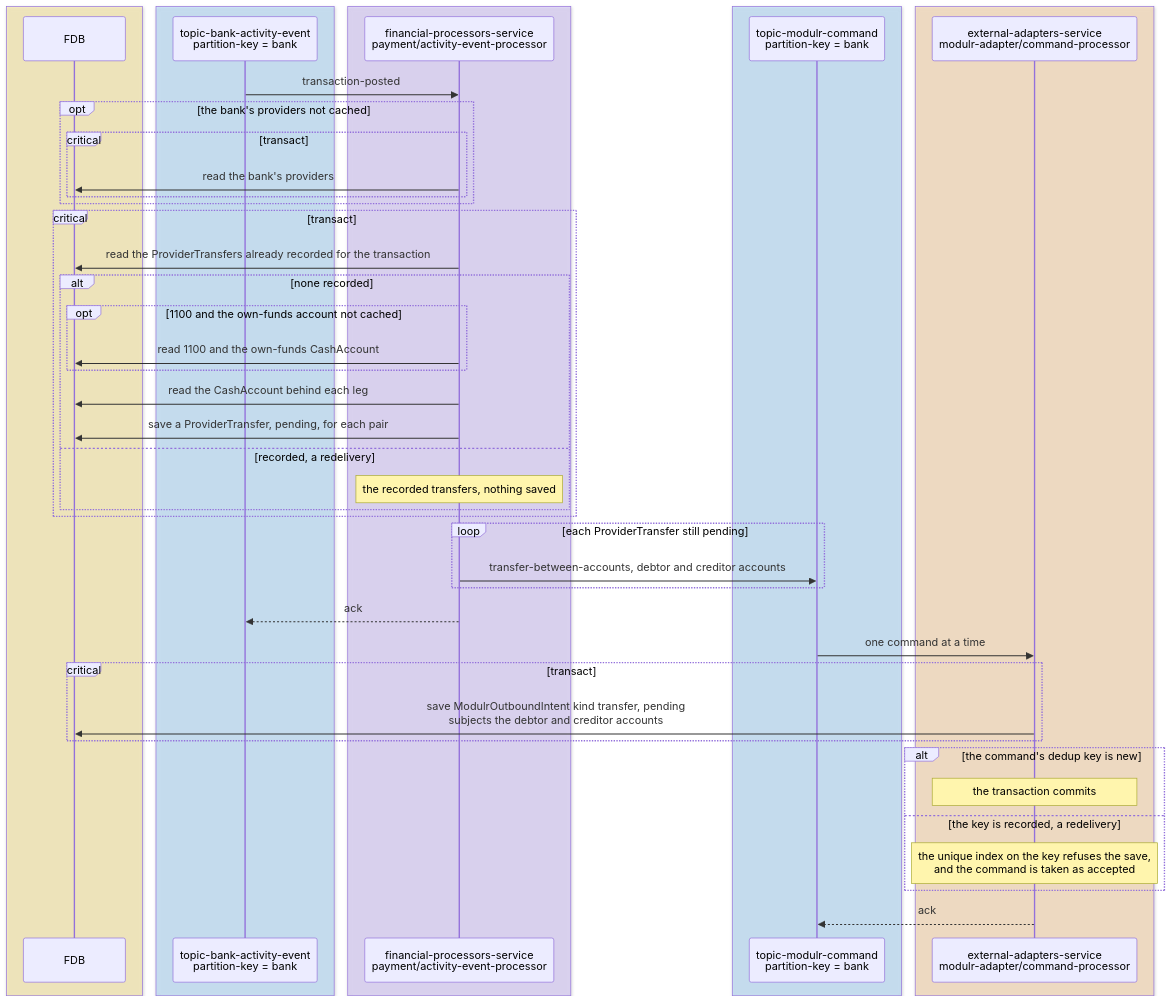
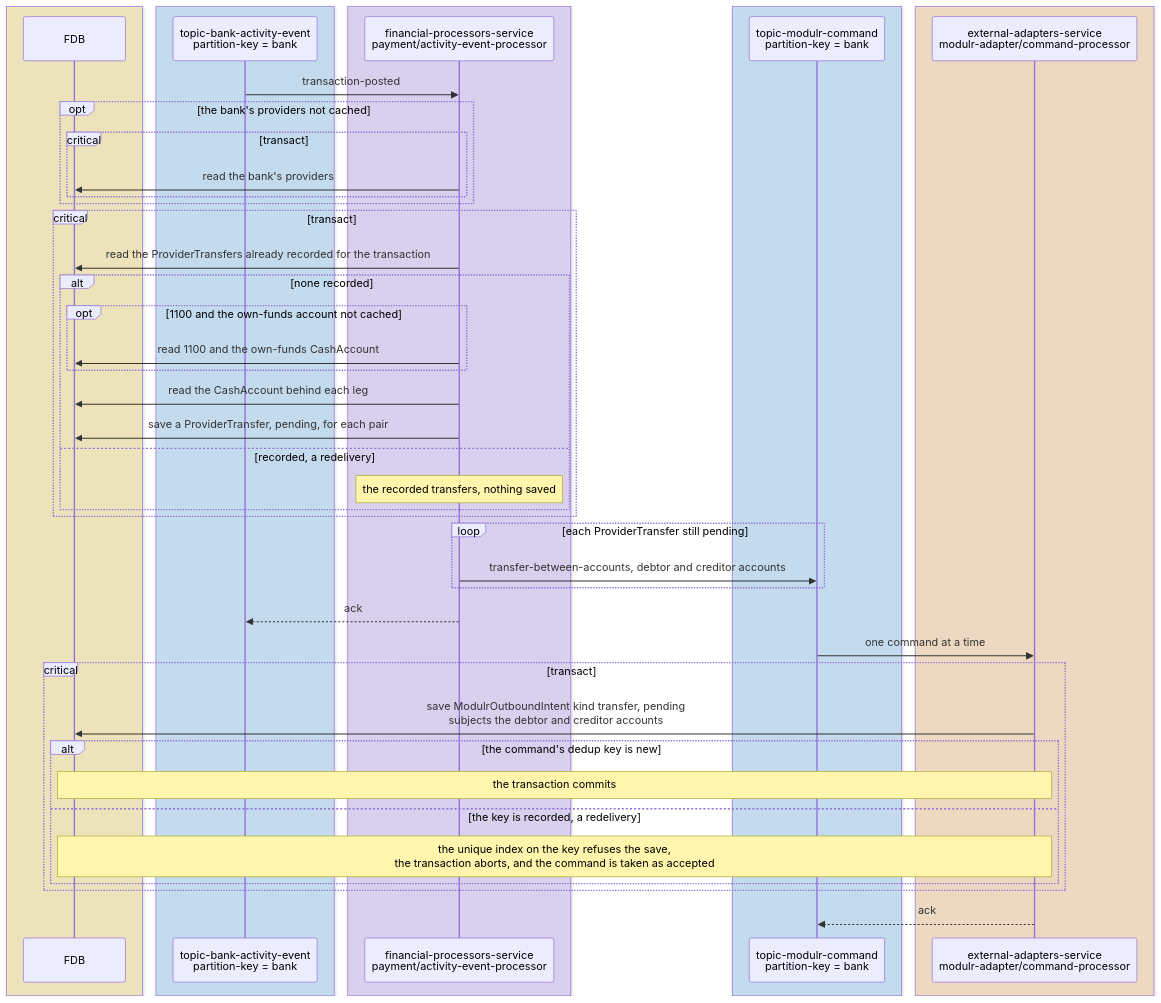
Before and after one commit to repldriven/queenswood: the fifth of 7 diagrams in docs/tdd/payments-internal.md, drawn with Mermaid. The commit also changed other lines of this file, not shown here.

Commit message:
Decide a dedup key inside the transaction that saves it

````diff
--- a/docs/tdd/payments-internal.md
+++ b/docs/tdd/payments-internal.md
@@ -241,50 +243,50 @@
 ```mermaid
 sequenceDiagram
     box rgba(255, 236, 153, 0.5)
     participant DB as FDB
     end
     box rgba(165, 216, 255, 0.45)
     participant AE as topic-bank-activity-event<br/>partition-key = bank
     end
     box rgba(208, 191, 255, 0.45)
     participant AP as financial-processors-service<br/>payment/activity-event-processor
     end
     box rgba(165, 216, 255, 0.45)
     participant MC as topic-modulr-command<br/>partition-key = bank
     end
     box rgba(255, 216, 168, 0.5)
     participant AD as external-adapters-service<br/>modulr-adapter/command-processor
     end
     AE->>AP: transaction-posted
     opt the bank's providers not cached
     critical transact
     AP->>DB: read the bank's providers
     end
     end
     critical transact
     AP->>DB: read the ProviderTransfers already recorded for the transaction
     alt none recorded
     opt 1100 and the own-funds account not cached
     AP->>DB: read 1100 and the own-funds CashAccount
     end
     AP->>DB: read the CashAccount behind each leg
     AP->>DB: save a ProviderTransfer, pending, for each pair
     else recorded, a redelivery
     Note over AP: the recorded transfers, nothing saved
     end
     end
     loop each ProviderTransfer still pending
     AP->>MC: transfer-between-accounts, debtor and creditor accounts
     end
     AP-->>AE: ack
     MC->>AD: one command at a time
     critical transact
     AD->>DB: save ModulrOutboundIntent kind transfer, pending<br/>subjects the debtor and creditor accounts
+    alt the command's dedup key is new
+    Note over AD,DB: the transaction commits
+    else the key is recorded, a redelivery
+    Note over AD,DB: the unique index on the key refuses the save,<br/>the transaction aborts, and the command is taken as accepted
     end
-    alt the command's dedup key is new
-    Note over AD: the transaction commits
-    else the key is recorded, a redelivery
-    Note over AD: the unique index on the key refuses the save,<br/>and the command is taken as accepted
     end
     AD-->>MC: ack
 ```
````
